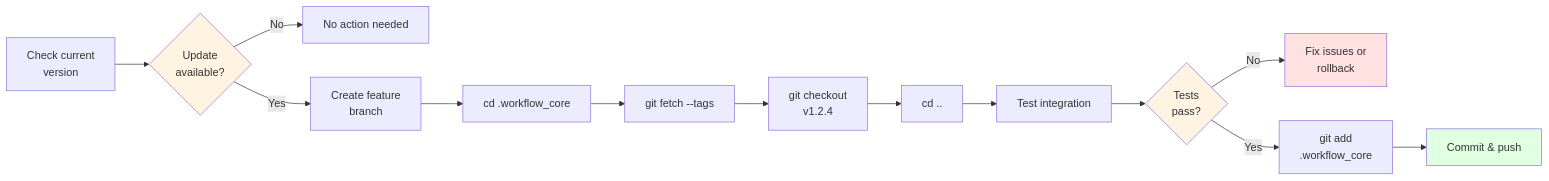
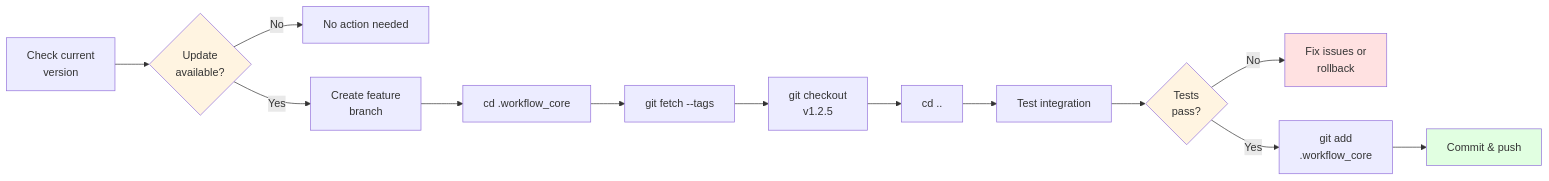
The sixth of 23 diagrams in docs/diagrams/README.md (mpbarbosa/ai_workflow_core), drawn with Mermaid before and after one commit. The commit also changed 30 other files, not shown here.

````diff
--- a/docs/diagrams/README.md
+++ b/docs/diagrams/README.md
@@ -196,20 +196,20 @@
 ```mermaid
 flowchart LR
     A[Check current<br/>version] --> B{Update<br/>available?}
     B -->|No| C[No action needed]
     B -->|Yes| D[Create feature<br/>branch]
     D --> E[cd .workflow_core]
     E --> F[git fetch --tags]
-    F --> G[git checkout<br/>v1.2.4]
+    F --> G[git checkout<br/>v1.2.5]
     G --> H[cd ..]
     H --> I[Test integration]
     I --> J{Tests<br/>pass?}
     J -->|No| K[Fix issues or<br/>rollback]
     J -->|Yes| L[git add<br/>.workflow_core]
     L --> M[Commit & push]
 
     style B fill:#fff4e1
     style J fill:#fff4e1
     style K fill:#ffe1e1
     style M fill:#e1ffe1
 ```
````
